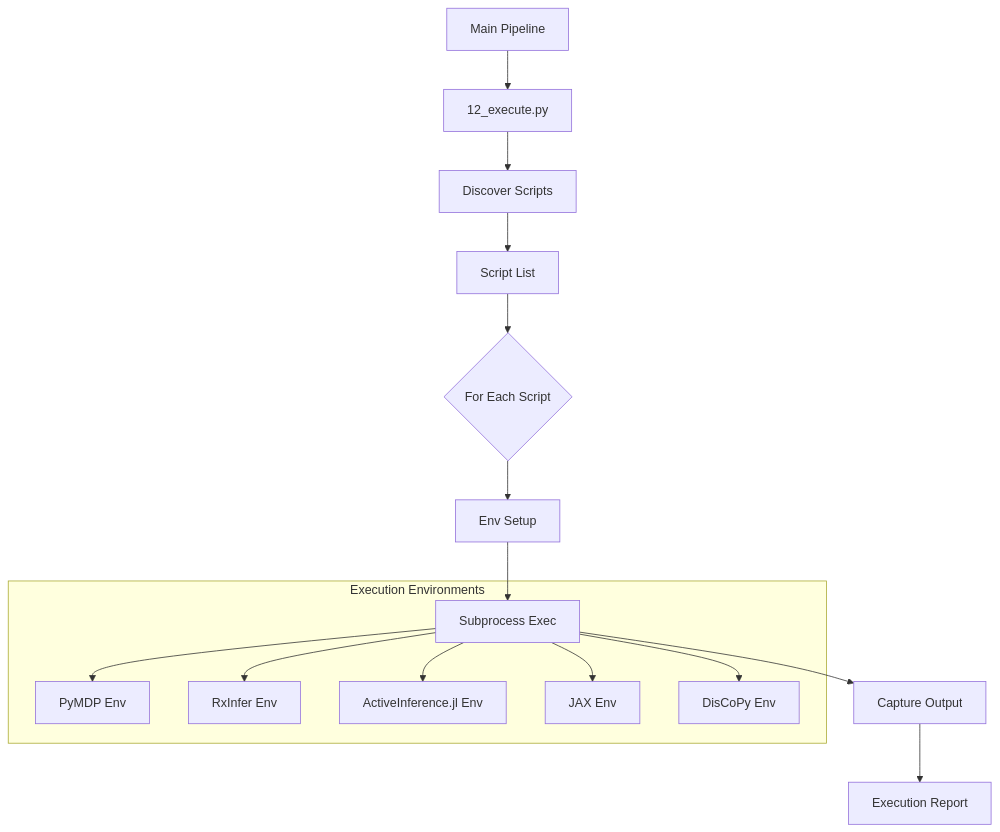
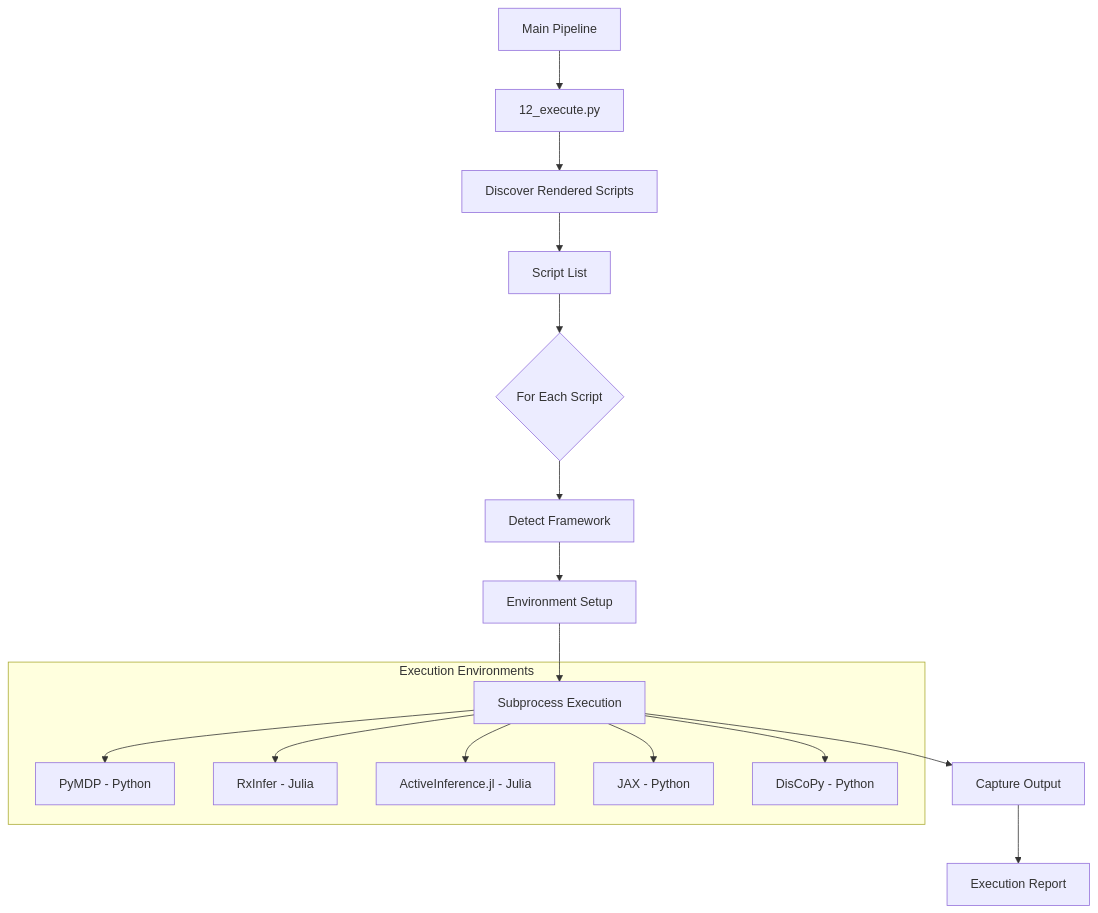
The diagram in src/execute/README.md (ActiveInferenceInstitute/GeneralizedNotationNotation), drawn with Mermaid before and after one commit. The commit also changed other lines of this file and 1810 other files, not shown here.

````diff
--- a/src/execute/README.md
+++ b/src/execute/README.md
@@ -15,20 +40,21 @@
 ```mermaid
 graph TD
     Pipeline[Main Pipeline] --> Step12[12_execute.py]
-    Step12 --> Discovery[Discover Scripts]
+    Step12 --> Discovery[Discover Rendered Scripts]
     Discovery --> List[Script List]
     
     List --> Loop{For Each Script}
-    Loop --> Setup[Env Setup]
-    Setup --> Run[Subprocess Exec]
+    Loop --> Detect[Detect Framework]
+    Detect --> Setup[Environment Setup]
+    Setup --> Run[Subprocess Execution]
     Run --> Capture[Capture Output]
     Capture --> Report[Execution Report]
     
     subgraph "Execution Environments"
-    Run --> PyMDP[PyMDP Env]
-    Run --> RxInfer[RxInfer Env]
-    Run --> ActInf[ActiveInference.jl Env]
-    Run --> JAX[JAX Env]
-    Run --> DisCoPy[DisCoPy Env]
+    Run --> PyMDP[PyMDP - Python]
+    Run --> RxInfer[RxInfer - Julia]
+    Run --> ActInf[ActiveInference.jl - Julia]
+    Run --> JAX[JAX - Python]
+    Run --> DisCoPy[DisCoPy - Python]
     end
 ```
````
